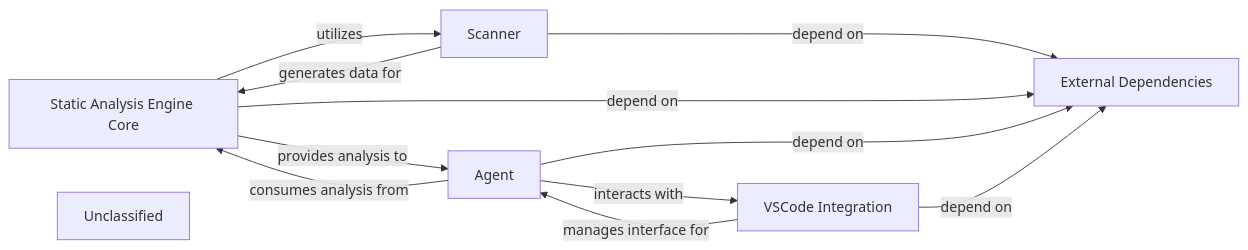
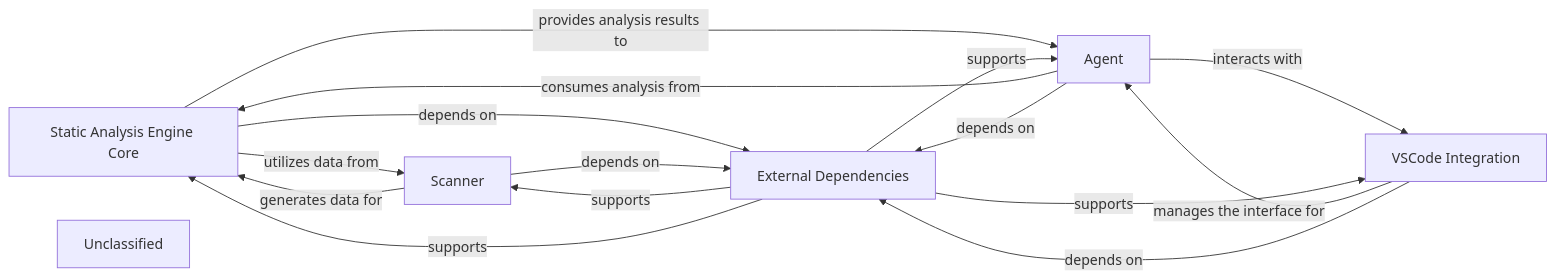
Before and after one commit to CodeBoarding/CodeBoarding: the diagram in .codeboarding/Static_Analysis_Engine.md, drawn with Mermaid. The commit also changed other lines of this file and 17 other files, not shown here.

First line of the commit message:
docs: update codeboarding documentation and generate architecture

````diff
--- a/.codeboarding/Static_Analysis_Engine.md
+++ b/.codeboarding/Static_Analysis_Engine.md
@@ -1,19 +1,23 @@
 ```mermaid
 graph LR
     Static_Analysis_Engine_Core["Static Analysis Engine Core"]
     Scanner["Scanner"]
     Agent["Agent"]
     VSCode_Integration["VSCode Integration"]
     External_Dependencies["External Dependencies"]
     Unclassified["Unclassified"]
+    Static_Analysis_Engine_Core -- "utilizes data from" --> Scanner
+    Static_Analysis_Engine_Core -- "provides analysis results to" --> Agent
+    Static_Analysis_Engine_Core -- "depends on" --> External_Dependencies
     Scanner -- "generates data for" --> Static_Analysis_Engine_Core
-    Static_Analysis_Engine_Core -- "utilizes" --> Scanner
-    Static_Analysis_Engine_Core -- "provides analysis to" --> Agent
+    Scanner -- "depends on" --> External_Dependencies
     Agent -- "consumes analysis from" --> Static_Analysis_Engine_Core
     Agent -- "interacts with" --> VSCode_Integration
-    VSCode_Integration -- "manages interface for" --> Agent
-    Scanner -- "depend on" --> External_Dependencies
-    Static_Analysis_Engine_Core -- "depend on" --> External_Dependencies
-    Agent -- "depend on" --> External_Dependencies
-    VSCode_Integration -- "depend on" --> External_Dependencies
+    Agent -- "depends on" --> External_Dependencies
+    VSCode_Integration -- "manages the interface for" --> Agent
+    VSCode_Integration -- "depends on" --> External_Dependencies
+    External_Dependencies -- "supports" --> Scanner
+    External_Dependencies -- "supports" --> Static_Analysis_Engine_Core
+    External_Dependencies -- "supports" --> Agent
+    External_Dependencies -- "supports" --> VSCode_Integration
 ```
````
